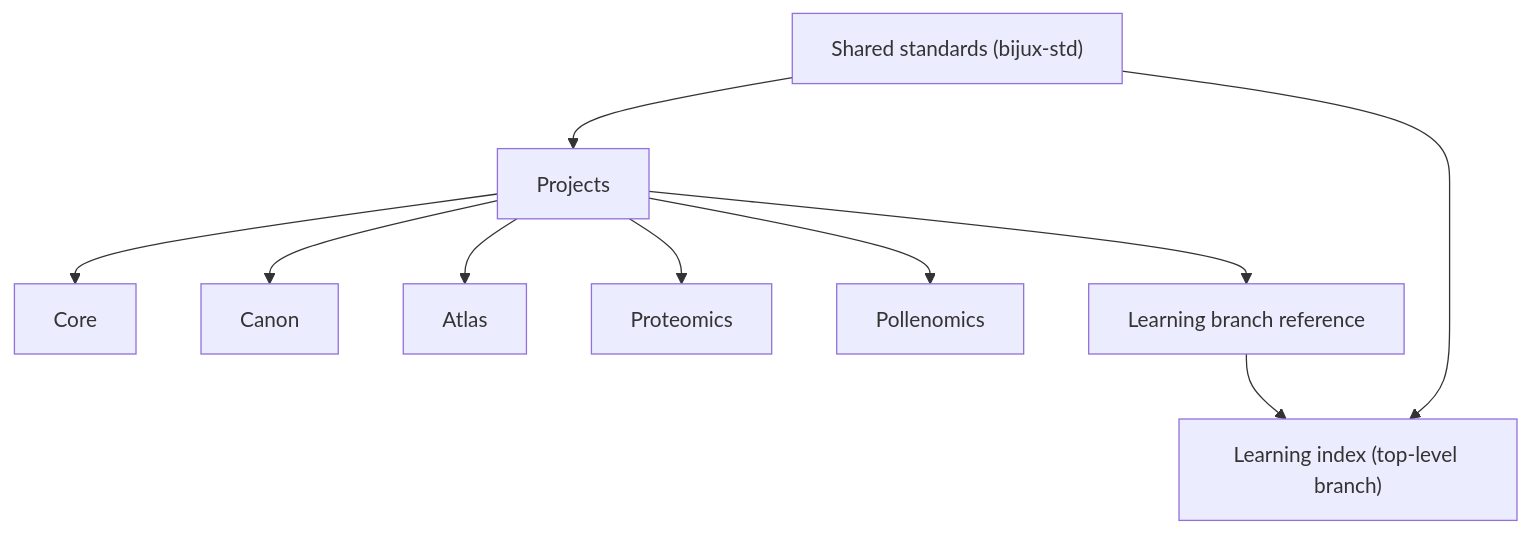
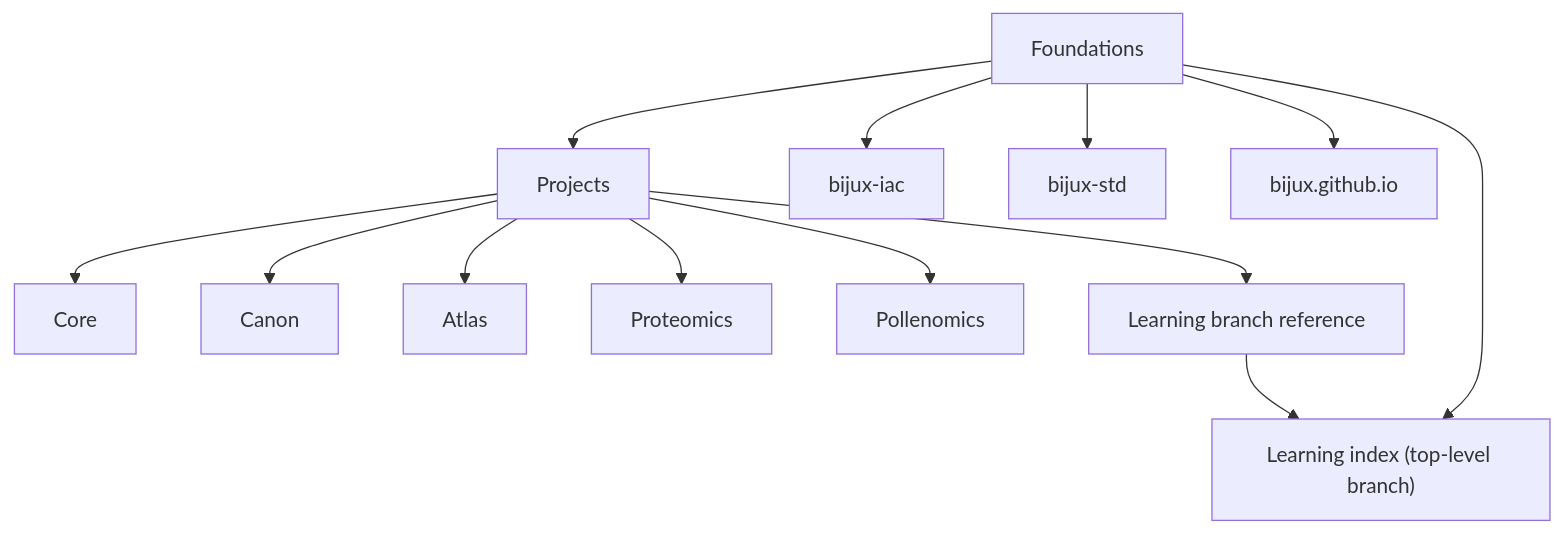
The diagram in docs/02-projects/index.md (bijux/bijux.github.io), drawn with Mermaid before and after one commit. The commit also changed other lines of this file, not shown here.

Commit message:
docs(projects): make the catalog evidence-first

````diff
--- a/docs/02-projects/index.md
+++ b/docs/02-projects/index.md
@@ -17,13 +21,16 @@
 ```mermaid
 graph TD
-    standards["Shared standards (bijux-std)"] --> projects["Projects"]
+    foundations["Foundations"] --> projects["Projects"]
     projects["Projects"] --> core["Core"]
     projects --> canon["Canon"]
     projects --> atlas["Atlas"]
     projects --> proteomics["Proteomics"]
     projects --> pollenomics["Pollenomics"]
     projects --> learning["Learning branch reference"]
 
     learning --> learning_index["Learning index (top-level branch)"]
-    standards --> learning_index
+    foundations --> learning_index
+    foundations --> iac["bijux-iac"]
+    foundations --> std["bijux-std"]
+    foundations --> hub["bijux.github.io"]
 ```
````
